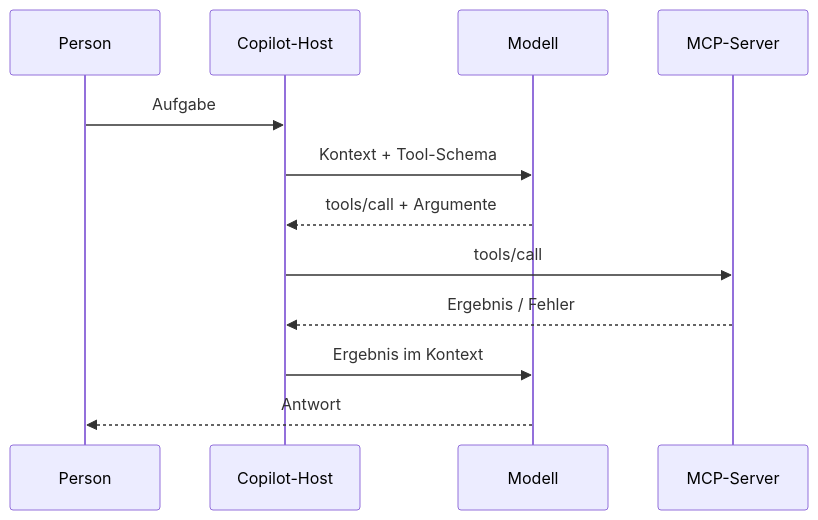
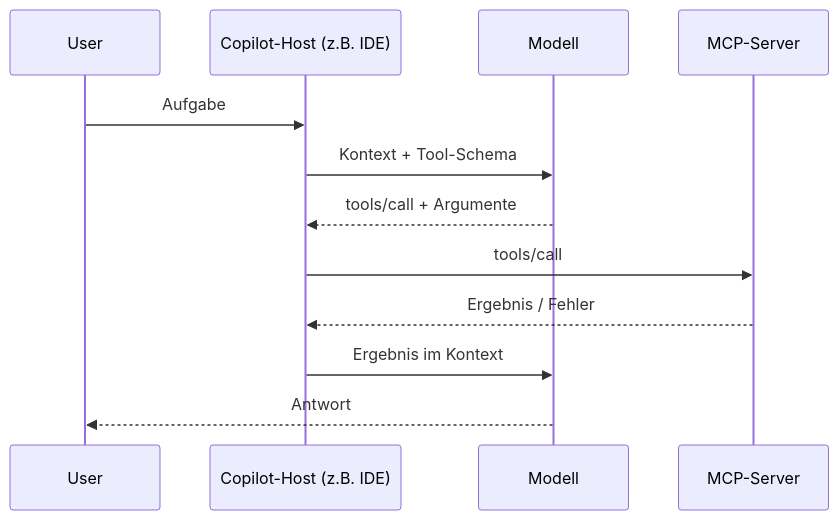
Before and after one commit to harrybin/presentations: the second of 3 diagrams in ekon30-ai-context-setup.md, drawn with Mermaid. The commit also changed other lines of this file and 2 other files, not shown here.

Commit message:
fix: update content and structure in "Was sieht der Agent in diesem Schritt?", "Fünf Bausteine, klare Entscheidung", "01 · Der Kontext-Engpass", and "Welches Problem soll der Baustein lösen?"; add new slide for "Copilot-Oberflächen · Wo arbeitet der Agent?" and include SVG for UI surfaces

````diff
--- a/ekon30-ai-context-setup.md
+++ b/ekon30-ai-context-setup.md
@@ -580,14 +595,14 @@
 ```mermaid {scale: 0.65}
 sequenceDiagram
-  participant U as Person
-  participant H as Copilot-Host
+  participant U as User
+  participant H as Copilot-Host (z.B. IDE)
   participant M as Modell
   participant S as MCP-Server
   U->>H: Aufgabe
   H->>M: Kontext + Tool-Schema
   M-->>H: tools/call + Argumente
   H->>S: tools/call
   S-->>H: Ergebnis / Fehler
   H->>M: Ergebnis im Kontext
   M-->>U: Antwort
 ```
````
